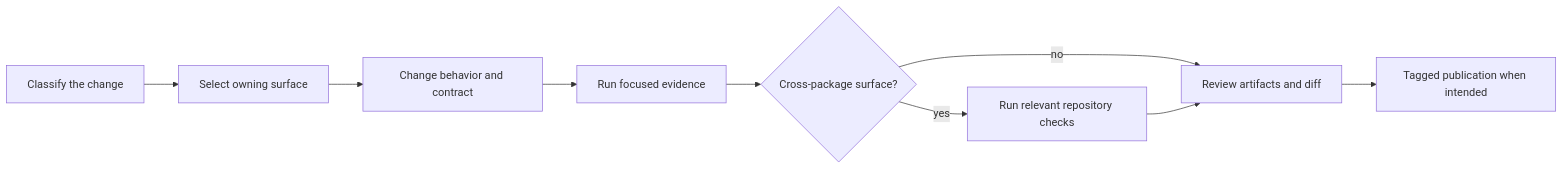
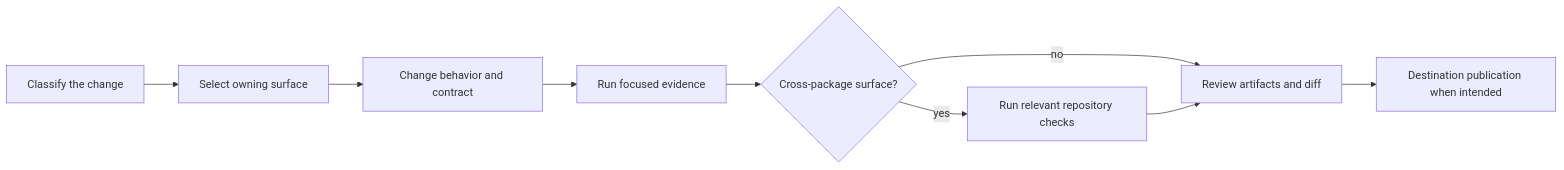
Before and after one commit to bijux/bijux-canon: the first of 2 diagrams in docs/01-bijux-canon/operations/index.md, drawn with Mermaid. The commit also changed other lines of this file and 1 other file, not shown here.

````diff
--- a/docs/01-bijux-canon/operations/index.md
+++ b/docs/01-bijux-canon/operations/index.md
@@ -18,11 +18,11 @@
 ```mermaid
 flowchart LR
     classify[Classify the change] --> owner[Select owning surface]
     owner --> implement[Change behavior and contract]
     implement --> focused[Run focused evidence]
     focused --> shared{Cross-package surface?}
     shared -- no --> review[Review artifacts and diff]
     shared -- yes --> repository[Run relevant repository checks]
     repository --> review
-    review --> release[Tagged publication when intended]
+    review --> release[Destination publication when intended]
 ```
````
